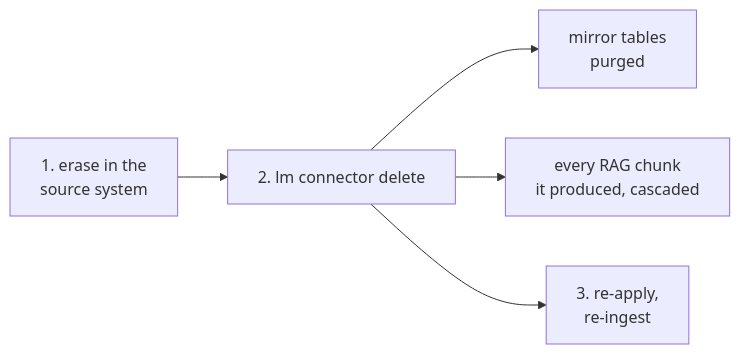
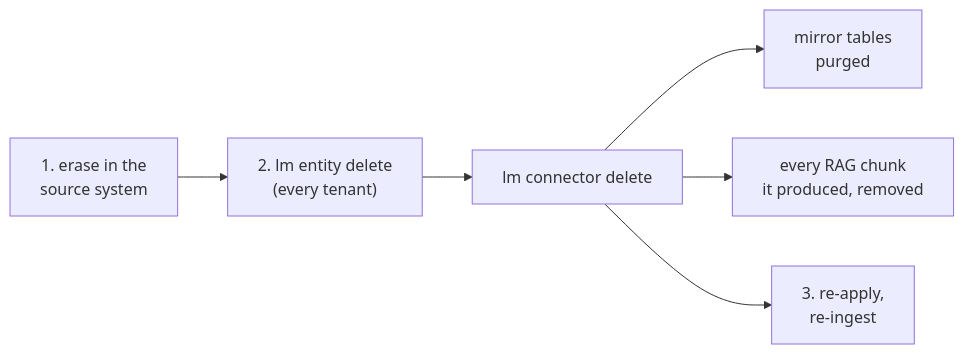
The diagram in docs/security/gdpr.md (icreated/lumnik-open), drawn with Mermaid before and after one commit. The commit also changed other lines of this file and 665 other files, not shown here.

````diff
--- a/docs/security/gdpr.md
+++ b/docs/security/gdpr.md
@@ -54,7 +67,8 @@
 ```mermaid
 flowchart LR
-  s["1. erase in the<br/>source system"] --> d["2. lm connector delete"]
+  s["1. erase in the<br/>source system"] --> e["2. lm entity delete<br/>(every tenant)"]
+  e --> d["lm connector delete"]
   d --> t["mirror tables<br/>purged"]
-  d --> c["every RAG chunk<br/>it produced, cascaded"]
+  d --> c["every RAG chunk<br/>it produced, removed"]
   d --> r["3. re-apply,<br/>re-ingest"]
 ```
````
